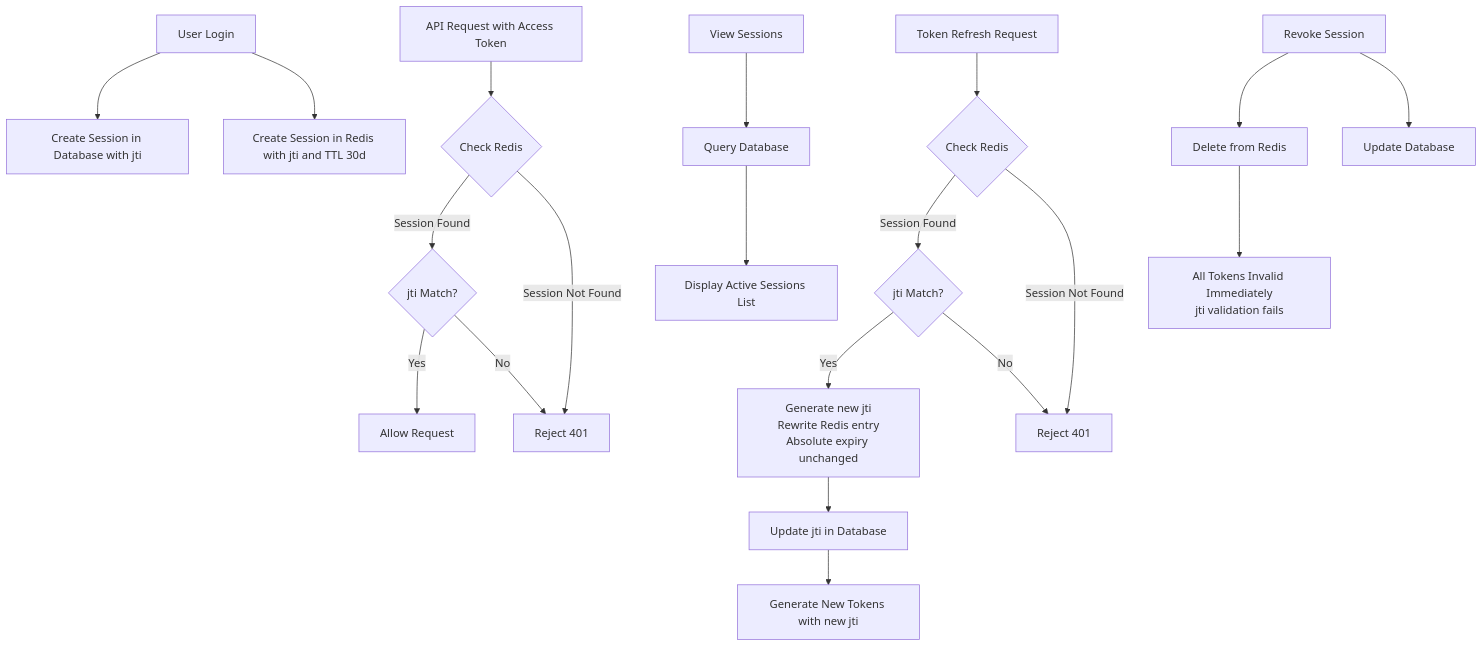
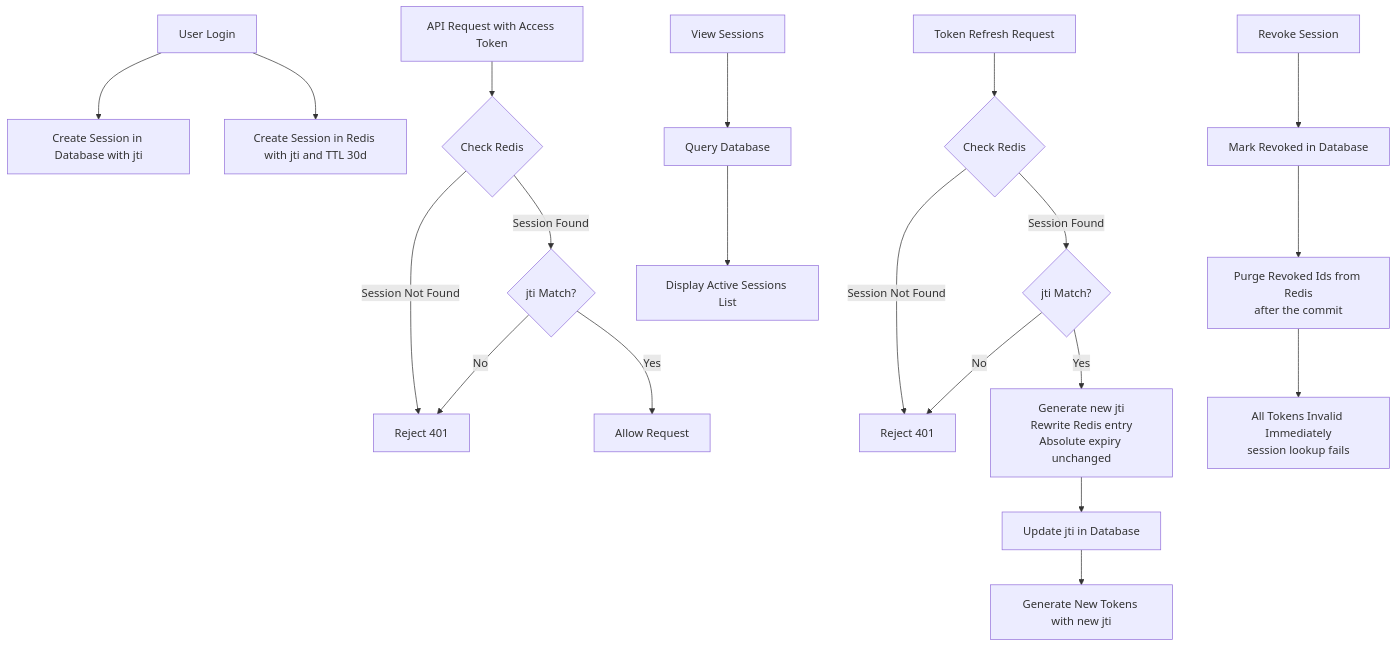
One commit to andrechristikan/ack-nestjs-boilerplate changed the eighth of 9 diagrams in docs/authentication.md. Above: the diagram before and after it, drawn with Mermaid. The commit also changed other lines of this file and 1013 other files, not shown here.

````diff
--- a/docs/authentication.md
+++ b/docs/authentication.md
@@ -1149,29 +1142,29 @@
 ```mermaid
 graph TB
     A[User Login] --> B[Create Session in Database with jti]
     A --> C[Create Session in Redis with jti and TTL 30d]
     
     D[API Request with Access Token] --> E{Check Redis}
     E -->|Session Found| F{jti Match?}
     E -->|Session Not Found| G[Reject 401]
     
     F -->|Yes| H[Allow Request]
     F -->|No| G
     
     I[Token Refresh Request] --> J{Check Redis}
     J -->|Session Found| K{jti Match?}
     J -->|Session Not Found| L[Reject 401]
     
     K -->|Yes| M[Generate new jti<br/>Rewrite Redis entry<br/>Absolute expiry unchanged]
     K -->|No| L
     
     M --> N[Update jti in Database]
     N --> O[Generate New Tokens with new jti]
     
     P[View Sessions] --> Q[Query Database]
     Q --> R[Display Active Sessions List]
     
-    T[Revoke Session] --> U[Delete from Redis]
-    T --> S[Update Database]
-    U --> V[All Tokens Invalid Immediately<br/>jti validation fails]
+    T[Revoke Session] --> S[Mark Revoked in Database]
+    S --> U[Purge Revoked Ids from Redis<br/>after the commit]
+    U --> V[All Tokens Invalid Immediately<br/>session lookup fails]
 ```
````
